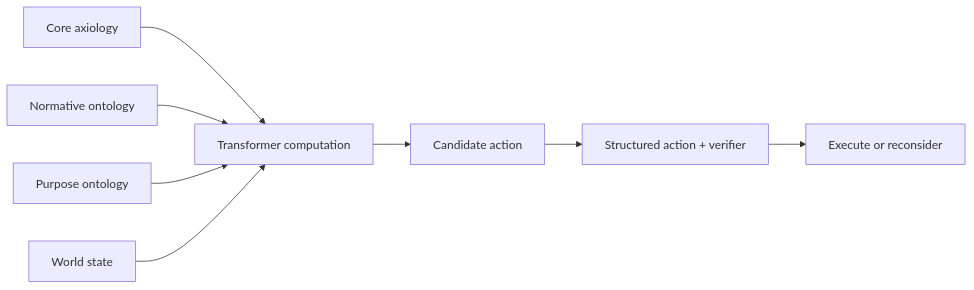
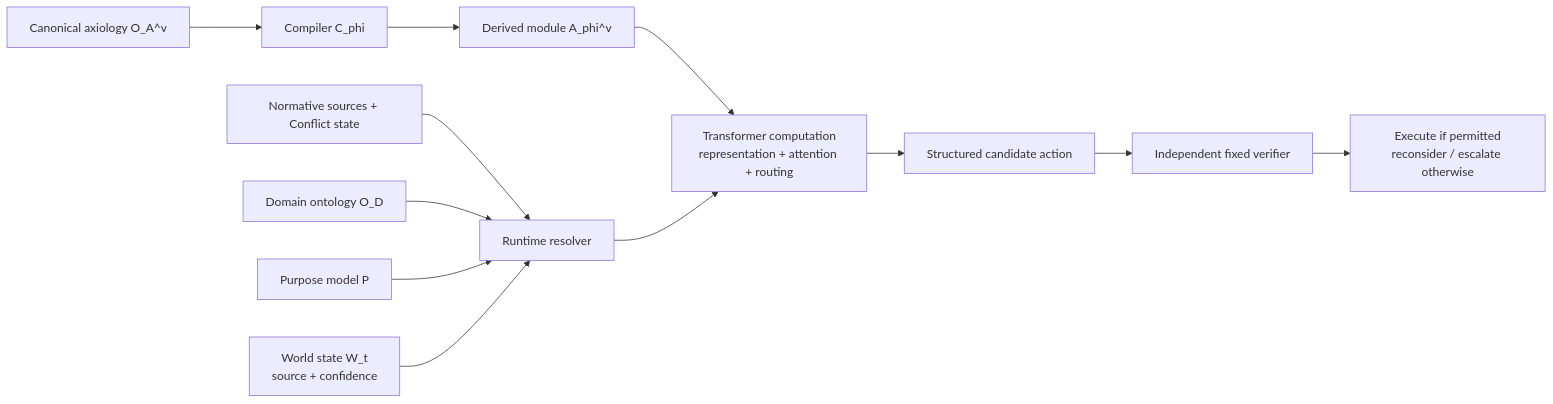
The diagram in diagrams/vgta-architecture.mmd (jmsbooth/value-grounded-ai-alignment), drawn with Mermaid before and after one commit. The commit also changed 309 other files, not shown here.

```diff
--- a/diagrams/vgta-architecture.mmd
+++ b/diagrams/vgta-architecture.mmd
@@ -1,8 +1,12 @@
 flowchart LR
-  A[Core axiology] --> T[Transformer computation]
-  N[Normative ontology] --> T
-  P[Purpose ontology] --> T
-  W[World state] --> T
-  T --> X[Candidate action]
-  X --> V[Structured action + verifier]
-  V --> Y[Execute or reconsider]
+  A[Canonical axiology O_A^v] --> C[Compiler C_phi]
+  C --> M[Derived module A_phi^v]
+  N[Normative sources + Conflict state] --> R[Runtime resolver]
+  D[Domain ontology O_D] --> R
+  P[Purpose model P] --> R
+  W[World state W_t<br/>source + confidence] --> R
+  M --> T[Transformer computation<br/>representation + attention + routing]
+  R --> T
+  T --> X[Structured candidate action]
+  X --> V[Independent fixed verifier]
+  V --> Y[Execute if permitted<br/>reconsider / escalate otherwise]
```
